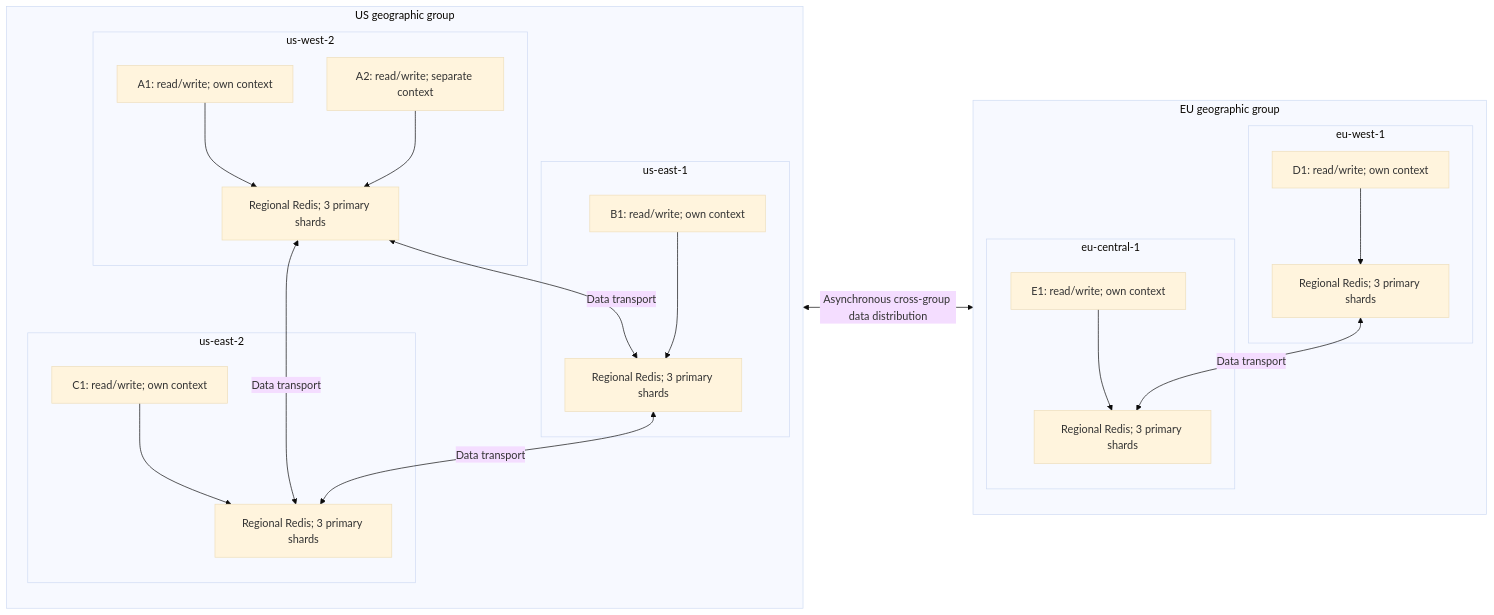
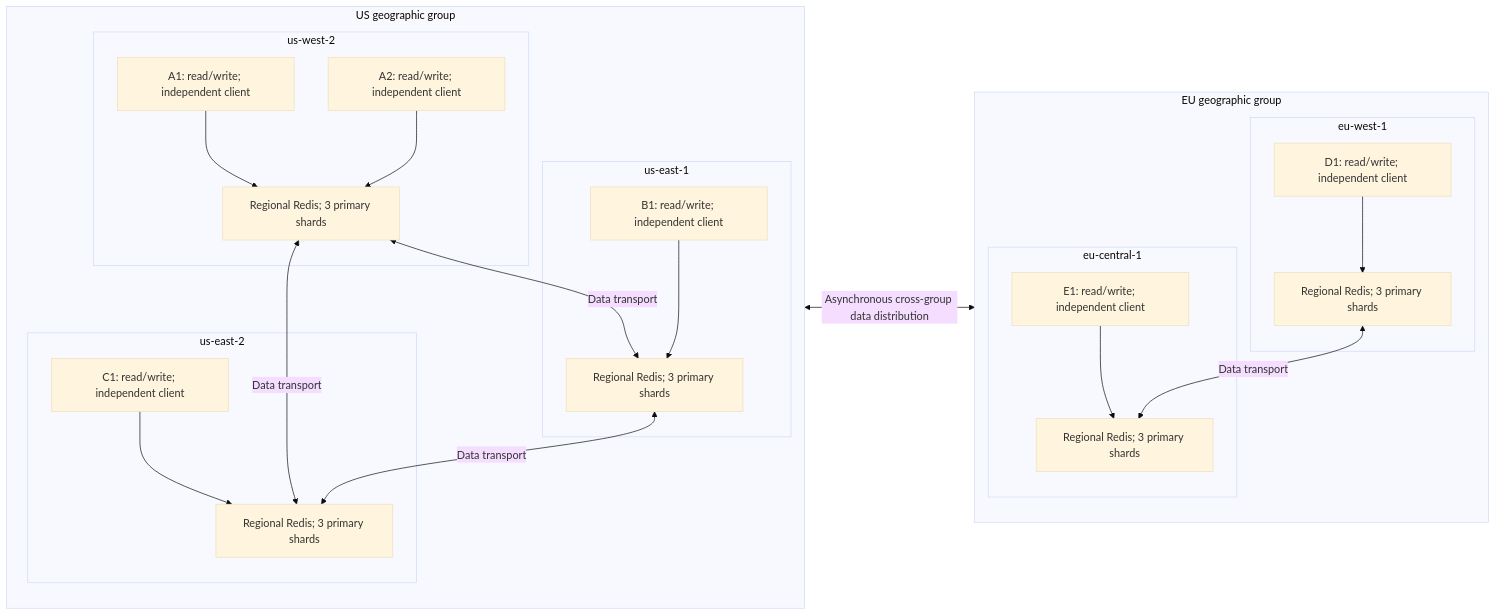
Before and after one commit to alberttwong/redis-multi-region-adapter: the diagram in consistency.md, drawn with Mermaid (base theme). The commit also changed other lines of this file and 13 other files, not shown here.

````diff
--- a/consistency.md
+++ b/consistency.md
@@ -40,28 +31,28 @@
 ```mermaid
 flowchart LR
     subgraph US["US geographic group"]
         subgraph West["us-west-2"]
-            A1["A1: read/write; own context"] --> W["Regional Redis; 3 primary shards"]
-            A2["A2: read/write; separate context"] --> W
+            A1["A1: read/write; independent client"] --> W["Regional Redis; 3 primary shards"]
+            A2["A2: read/write; independent client"] --> W
         end
         subgraph East1["us-east-1"]
-            B1["B1: read/write; own context"] --> U1["Regional Redis; 3 primary shards"]
+            B1["B1: read/write; independent client"] --> U1["Regional Redis; 3 primary shards"]
         end
         subgraph East2["us-east-2"]
-            C1["C1: read/write; own context"] --> U2["Regional Redis; 3 primary shards"]
+            C1["C1: read/write; independent client"] --> U2["Regional Redis; 3 primary shards"]
         end
         W <-->|Data transport| U1
         W <-->|Data transport| U2
         U1 <-->|Data transport| U2
     end
     subgraph EU["EU geographic group"]
         subgraph Ireland["eu-west-1"]
-            D1["D1: read/write; own context"] --> EW["Regional Redis; 3 primary shards"]
+            D1["D1: read/write; independent client"] --> EW["Regional Redis; 3 primary shards"]
         end
         subgraph Frankfurt["eu-central-1"]
-            E1["E1: read/write; own context"] --> EC["Regional Redis; 3 primary shards"]
+            E1["E1: read/write; independent client"] --> EC["Regional Redis; 3 primary shards"]
         end
         EW <-->|Data transport| EC
     end
     US <-->|Asynchronous cross-group data distribution| EU
 ```
````
